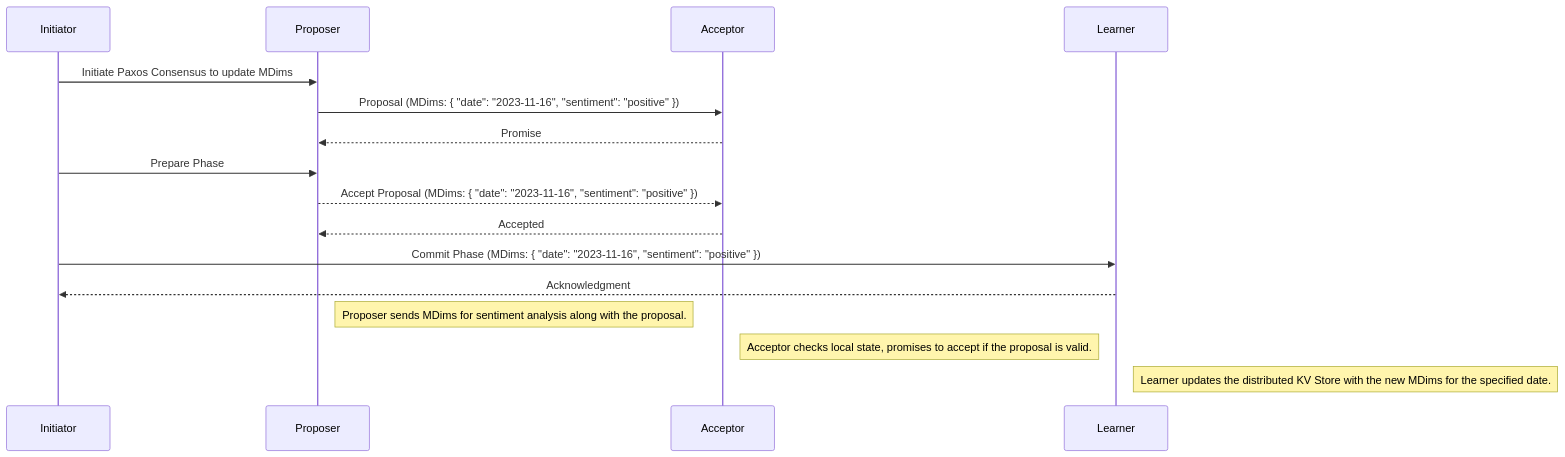
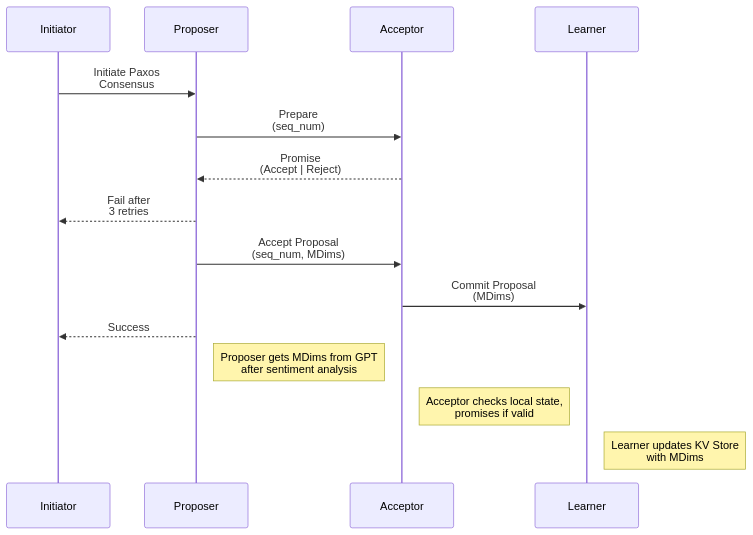
The second of 3 diagrams in README.md (L0Lmaker/DistributedSemanticAnalysis), drawn with Mermaid before and after one commit. The commit also changed other lines of this file, not shown here.

Commit message:
refined paxos section

````diff
--- a/README.md
+++ b/README.md
@@ -117,20 +80,19 @@
 ```mermaid
 sequenceDiagram
-    participant Initiator as Initiator
-    participant Proposer as Proposer
-    participant Acceptor as Acceptor
-    participant Learner as Learner
+    participant I as Initiator
+    participant P as Proposer
+    participant A as Acceptor
+    participant L as Learner
 
-    Initiator ->> Proposer: Initiate Paxos Consensus to update MDims
-    Proposer ->> Acceptor: Proposal (MDims: { "date": "2023-11-16", "sentiment": "positive" })
-    Acceptor -->> Proposer: Promise
-    Initiator ->> Proposer: Prepare Phase
-    Proposer -->> Acceptor: Accept Proposal (MDims: { "date": "2023-11-16", "sentiment": "positive" })
-    Acceptor -->> Proposer: Accepted
-    Initiator ->> Learner: Commit Phase (MDims: { "date": "2023-11-16", "sentiment": "positive" })
-    Learner -->> Initiator: Acknowledgment
+    I ->> P: Initiate Paxos<br/>Consensus
+    P ->> A: Prepare<br/>(seq_num)
+    A -->> P: Promise<br/>(Accept | Reject)
+    P -->> I: Fail after<br/>3 retries
+    P ->> A: Accept Proposal<br/>(seq_num, MDims)
+    A ->> L: Commit Proposal<br/>(MDims)
+    P -->> I: Success
 
-    Note right of Proposer: Proposer sends MDims for sentiment analysis along with the proposal.
-    Note right of Acceptor: Acceptor checks local state, promises to accept if the proposal is valid.
-    Note right of Learner: Learner updates the distributed KV Store with the new MDims for the specified date.
+    Note right of P: Proposer gets MDims from GPT <br/> after sentiment analysis
+    Note right of A: Acceptor checks local state,<br/>promises if valid
+    Note right of L: Learner updates KV Store<br/>with MDims
 ```
````
